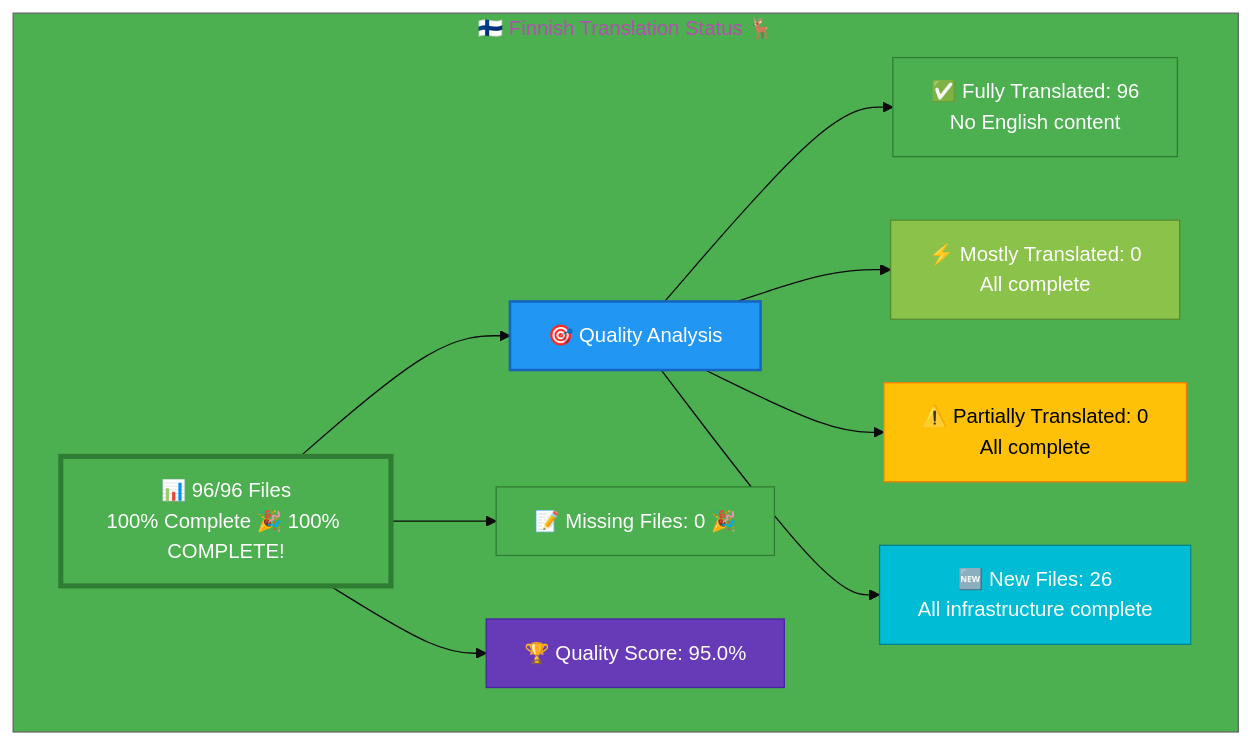
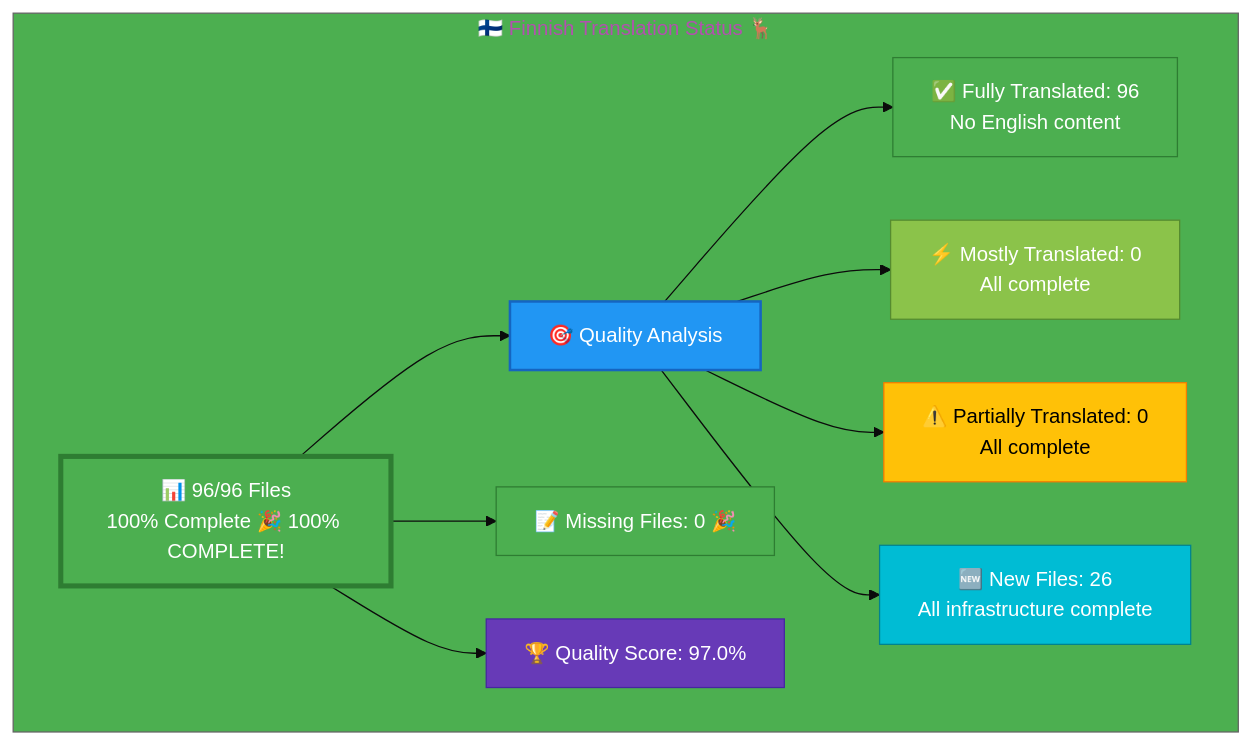
Before and after one commit to Hack23/homepage: the diagram in Finnish-Translation-Status.md, drawn with Mermaid. The commit also changed other lines of this file and 1 other file, not shown here.

````diff
--- a/Finnish-Translation-Status.md
+++ b/Finnish-Translation-Status.md
@@ -13,26 +13,26 @@
 ```mermaid
 %%{init: {'theme':'base', 'themeVariables': {'primaryColor':'#4CAF50','secondaryColor':'#2196F3','tertiaryColor':'#4CAF50','fontSize':'16px'}}}%%
 graph TB
     subgraph "🇫🇮 Finnish Translation Status 🦌"
         A["📊 96/96 Files<br/>100% Complete 🎉 100% COMPLETE!"]
         
         A --> B["🎯 Quality Analysis"]
         B --> C["✅ Fully Translated: 96<br/>No English content"]
         B --> D["⚡ Mostly Translated: 0<br/>All complete"]
         B --> E["⚠️  Partially Translated: 0<br/>All complete"]
         B --> F["🆕 New Files: 26<br/>All infrastructure complete"]
         
         A --> G["📝 Missing Files: 0 🎉"]
         
-        A --> H["🏆 Quality Score: 95.0%"]
+        A --> H["🏆 Quality Score: 97.0%"]
         
         style A fill:#4CAF50,stroke:#2E7D32,color:#fff,stroke-width:4px
         style B fill:#2196F3,stroke:#1565C0,color:#fff,stroke-width:2px
         style C fill:#4CAF50,stroke:#2E7D32,color:#fff
         style D fill:#8BC34A,stroke:#558B2F,color:#fff
         style E fill:#FFC107,stroke:#F57C00,color:#000
         style F fill:#00BCD4,stroke:#00838F,color:#fff
         style G fill:#4CAF50,stroke:#2E7D32,color:#fff
         style H fill:#673AB7,stroke:#4527A0,color:#fff
     end
 ```
````
